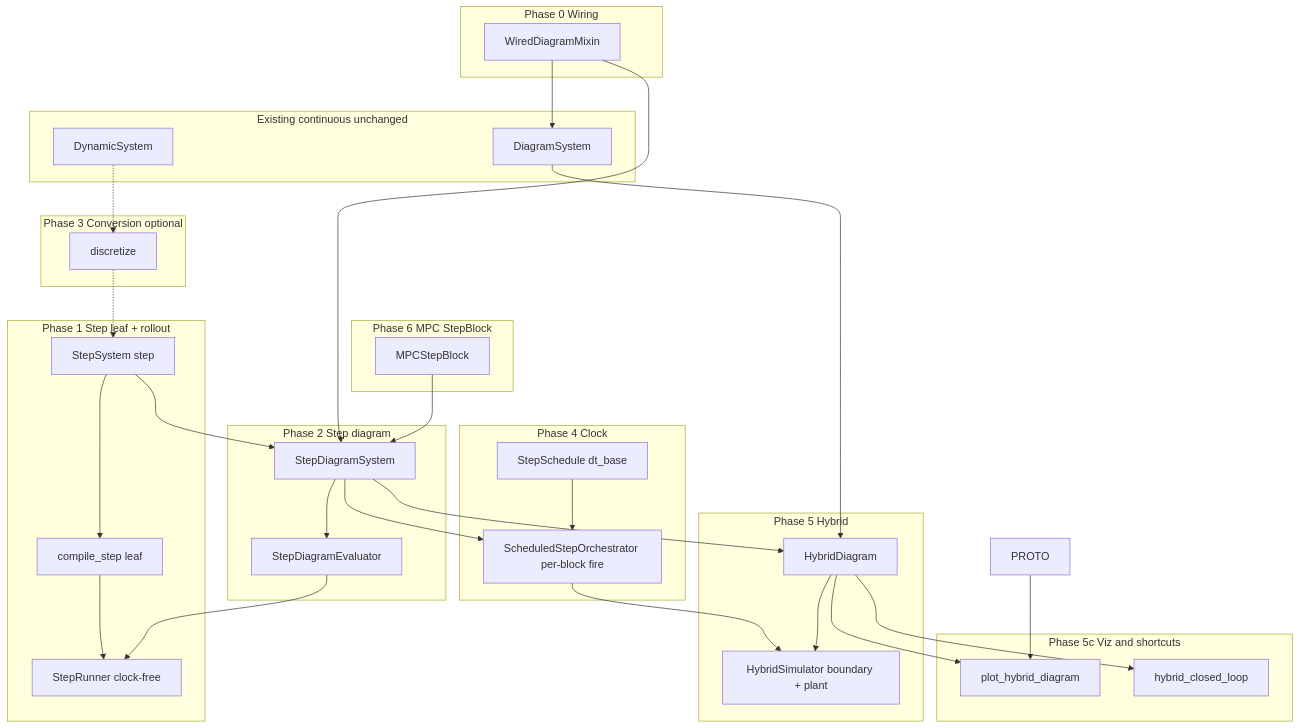
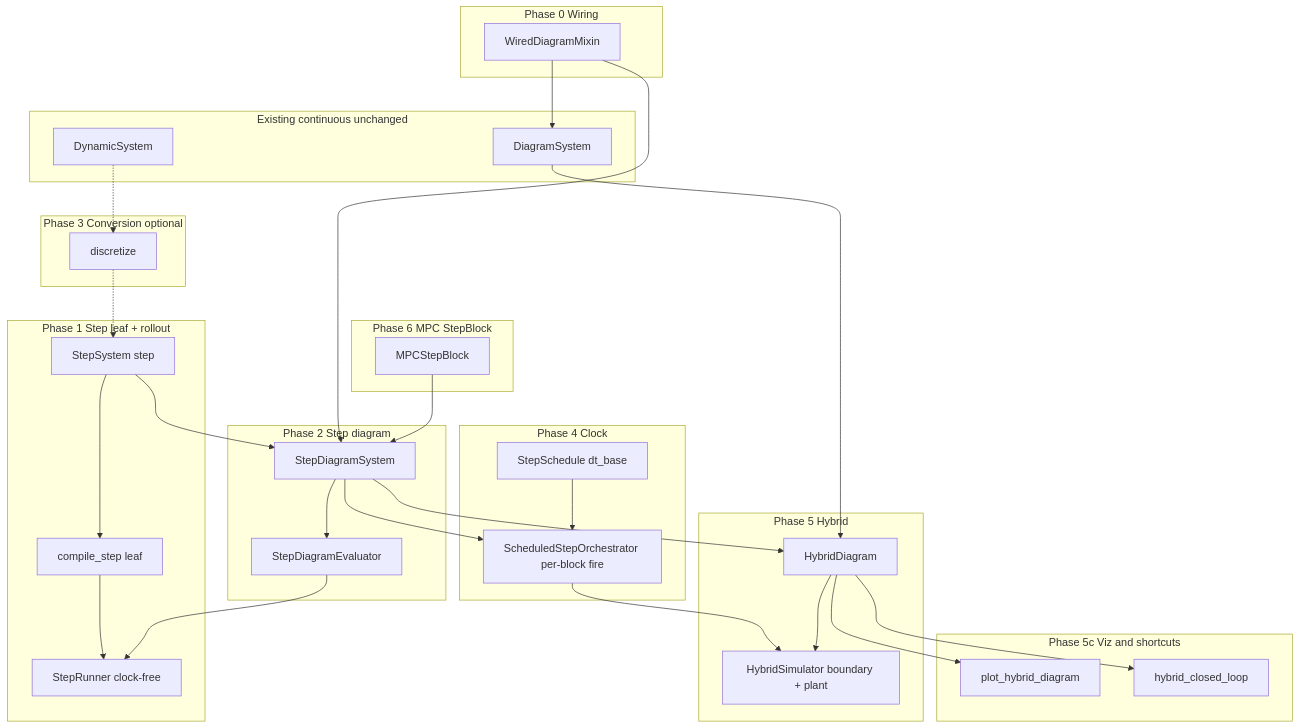
Before and after one commit to alx87grd/minilink: the diagram in docs/plans/hybrid-discrete/00-master-plan.md, drawn with Mermaid. The commit also changed other lines of this file and 5 other files, not shown here.

````diff
--- a/docs/plans/hybrid-discrete/00-master-plan.md
+++ b/docs/plans/hybrid-discrete/00-master-plan.md
@@ -134,61 +135,60 @@
 ```mermaid
 flowchart TB
     subgraph P0 [Phase 0 Wiring]
         WIR[WiredDiagramMixin]
     end
 
     subgraph P1 [Phase 1 Step leaf + rollout]
         SS[StepSystem step]
         CSL[compile_step leaf]
         SR[StepRunner clock-free]
     end
 
     subgraph P2 [Phase 2 Step diagram]
         SDS[StepDiagramSystem]
         SE[StepDiagramEvaluator]
     end
 
     subgraph P3 [Phase 3 Conversion optional]
         DISC[discretize]
     end
 
     subgraph P4 [Phase 4 Clock]
         SCH[StepSchedule dt_base]
         ORCH[ScheduledStepOrchestrator per-block fire]
     end
 
     subgraph P5 [Phase 5 Hybrid]
         HD[HybridDiagram]
         HS[HybridSimulator boundary + plant]
     end
 
     subgraph P5c [Phase 5c Viz and shortcuts]
         PLOT[plot_hybrid_diagram]
         HCL[hybrid_closed_loop]
     end
 
     subgraph P6 [Phase 6 MPC StepBlock]
         MPC[MPCStepBlock]
     end
 
     subgraph Cont [Existing continuous unchanged]
         DS[DynamicSystem]
         DF[DiagramSystem]
     end
 
     WIR --> DF
     WIR --> SDS
-    PROTO --> PLOT
     SS --> CSL --> SR
     SS --> SDS --> SE --> SR
     DS -.-> DISC -.-> SS
     SDS --> ORCH
     SCH --> ORCH
     ORCH --> HS
     SDS --> HD
     DF --> HD
     HD --> HS
     HD --> PLOT
     HD --> HCL
     MPC --> SDS
 ```
````
